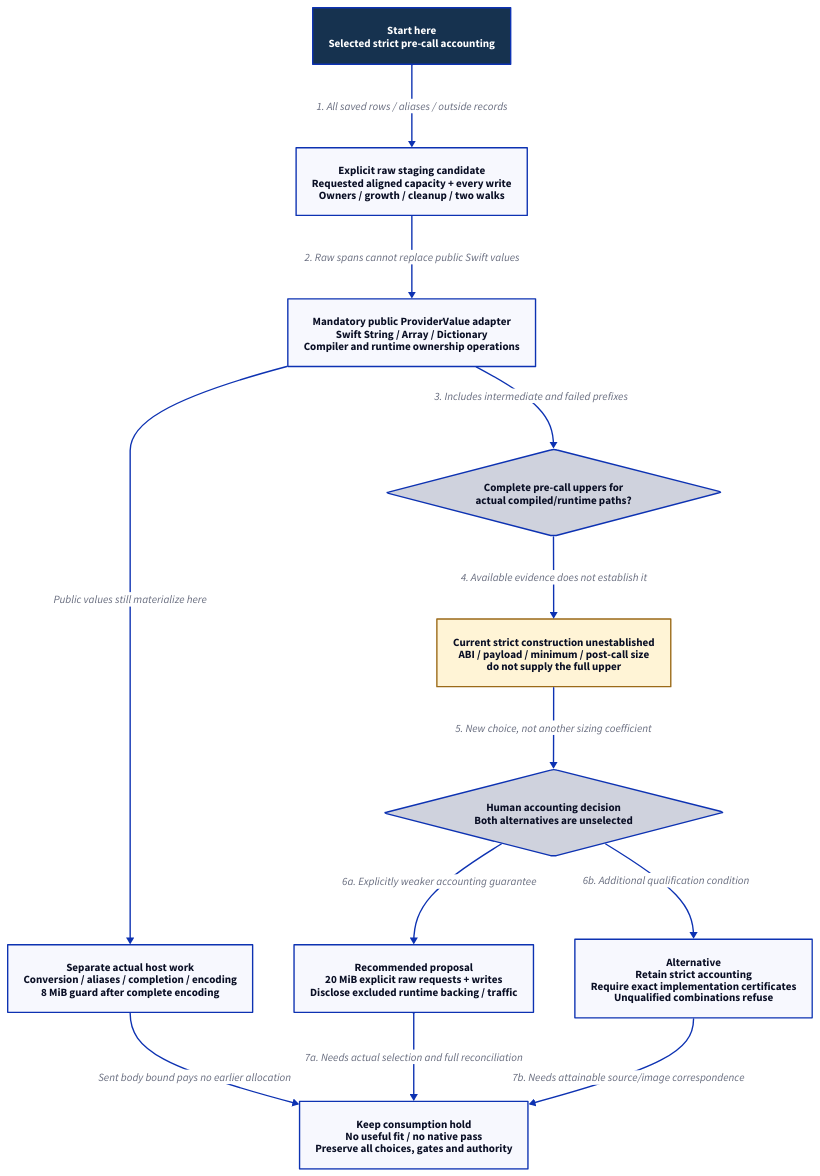
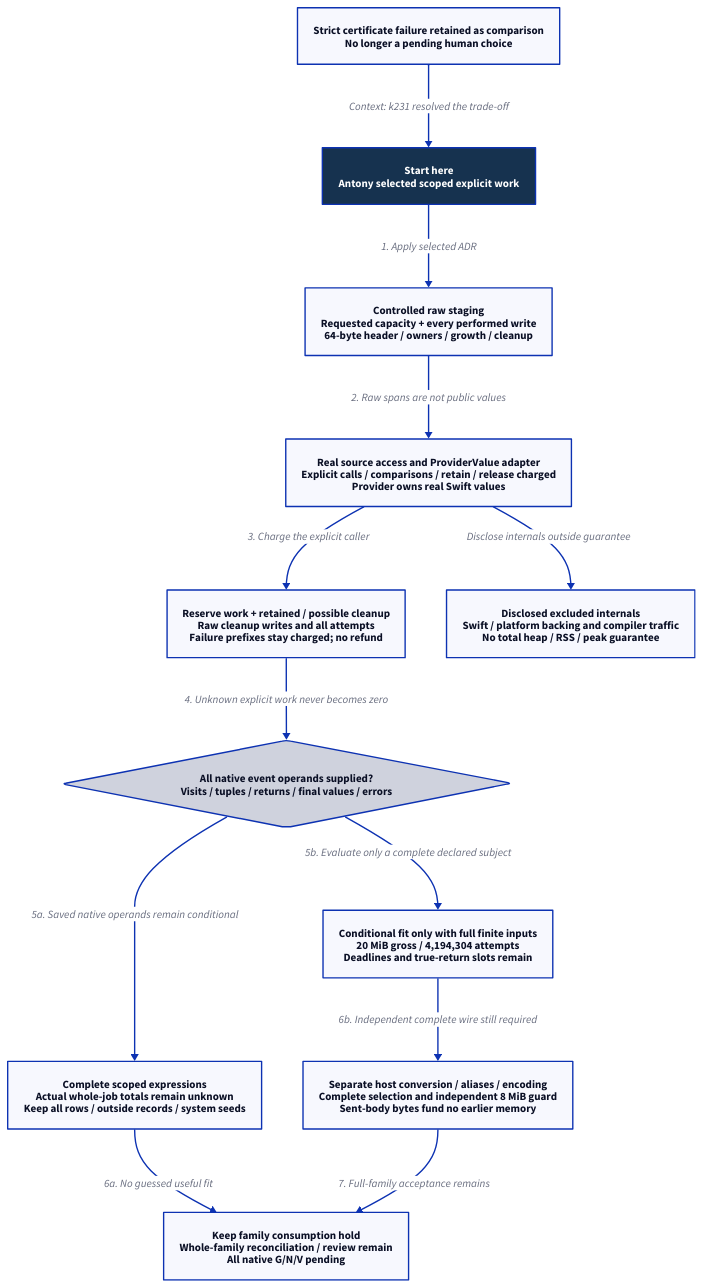
Before and after one commit to Linkuistics/Koine: the diagram in docs/design/architecture/native-metadata-runtime-admission.d2, drawn with D2. The commit also changed 24 other files, not shown here.

First line of the commit message:
Reconcile scoped application metadata construction (application-metadata-scoped-accounting-k232)

```diff
--- a/docs/design/architecture/native-metadata-runtime-admission.d2
+++ b/docs/design/architecture/native-metadata-runtime-admission.d2
@@ -1,29 +1,27 @@
 direction: down
-start: "Start here\nSelected strict pre-call accounting" {
-  style.fill: "#16324f"
-  style.font-color: white
-  style.bold: true
+start: "Start here\nAntony selected scoped explicit work" {
+ style.fill: "#16324f"
+ style.font-color: white
+ style.bold: true
 }
-stage: "Explicit raw staging candidate\nRequested aligned capacity + every write\nOwners / growth / cleanup / two walks"
-publish: "Mandatory public ProviderValue adapter\nSwift String / Array / Dictionary\nCompiler and runtime ownership operations"
-evidence: "Complete pre-call uppers for\nactual compiled/runtime paths?" { shape: diamond }
-failed: "Current strict construction unestablished\nABI / payload / minimum / post-call size\ndo not supply the full upper" {
-  style.fill: "#fff4d6"
-  style.stroke: "#9b6a18"
-}
-choice: "Human accounting decision\nBoth alternatives are unselected" { shape: diamond }
-scoped: "Recommended proposal\n20 MiB explicit raw requests + writes\nDisclose excluded runtime backing / traffic"
-strict: "Alternative\nRetain strict accounting\nRequire exact implementation certificates\nUnqualified combinations refuse"
-host: "Separate actual host work\nConversion / aliases / completion / encoding\n8 MiB guard after complete encoding"
-hold: "Keep consumption hold\nNo useful fit / no native pass\nPreserve all choices, gates and authority"
-start -> stage: "1. All saved rows / aliases / outside records"
-stage -> publish: "2. Raw spans cannot replace public Swift values"
-publish -> evidence: "3. Includes intermediate and failed prefixes"
-evidence -> failed: "4. Available evidence does not establish it"
-failed -> choice: "5. New choice, not another sizing coefficient"
-choice -> scoped: "6a. Explicitly weaker accounting guarantee"
-choice -> strict: "6b. Additional qualification condition"
-publish -> host: "Public values still materialize here"
-host -> hold: "Sent body bound pays no earlier allocation"
-scoped -> hold: "7a. Needs actual selection and full reconciliation"
-strict -> hold: "7b. Needs attainable source/image correspondence"
+raw: "Controlled raw staging\nRequested capacity + every performed write\n64-byte header / owners / growth / cleanup"
+calls: "Real source access and ProviderValue adapter\nExplicit calls / comparisons / retain / release charged\nProvider owns real Swift values"
+reserve: "Reserve work + retained / possible cleanup\nRaw cleanup writes and all attempts\nFailure prefixes stay charged; no refund"
+exclude: "Disclosed excluded internals\nSwift / platform backing and compiler traffic\nNo total heap / RSS / peak guarantee"
+inputs: "All native event operands supplied?\nVisits / tuples / returns / final values / errors" { shape: diamond }
+conditional: "Complete scoped expressions\nActual whole-job totals remain unknown\nKeep all rows / outside records / system seeds"
+fit: "Conditional fit only with full finite inputs\n20 MiB gross / 4,194,304 attempts\nDeadlines and true-return slots remain"
+host: "Separate host conversion / aliases / encoding\nComplete selection and independent 8 MiB guard\nSent-body bytes fund no earlier memory"
+hold: "Keep family consumption hold\nWhole-family reconciliation / review remain\nAll native G/N/V pending"
+comparison: "Strict certificate failure retained as comparison\nNo longer a pending human choice"
+start -> raw: "1. Apply selected ADR"
+raw -> calls: "2. Raw spans are not public values"
+calls -> reserve: "3. Charge the explicit caller"
+calls -> exclude: "Disclose internals outside guarantee"
+reserve -> inputs: "4. Unknown explicit work never becomes zero"
+inputs -> conditional: "5a. Saved native operands remain conditional"
+inputs -> fit: "5b. Evaluate only a complete declared subject"
+conditional -> hold: "6a. No guessed useful fit"
+fit -> host: "6b. Independent complete wire still required"
+host -> hold: "7. Full-family acceptance remains"
+comparison -> start: "Context: k231 resolved the trade-off"
```
